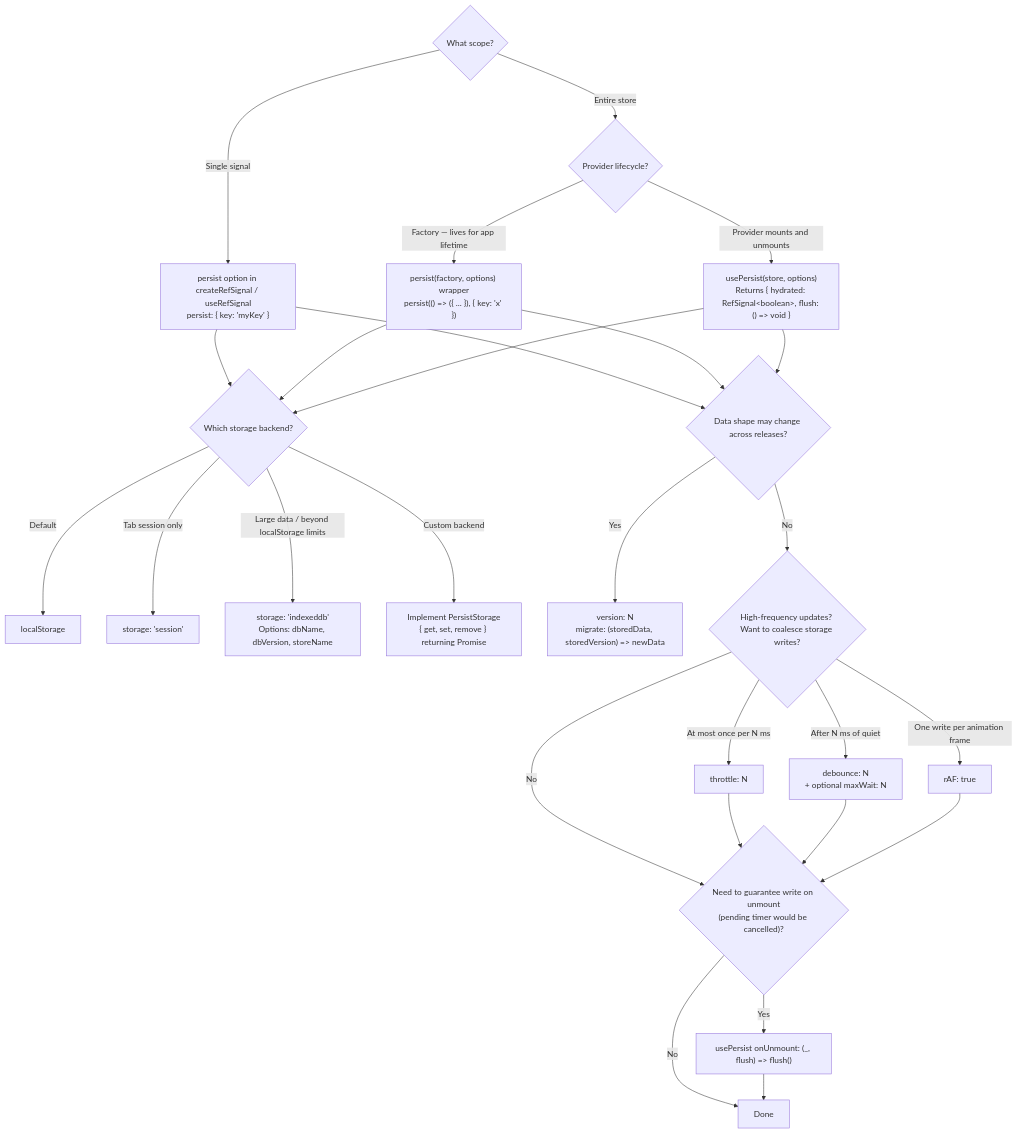
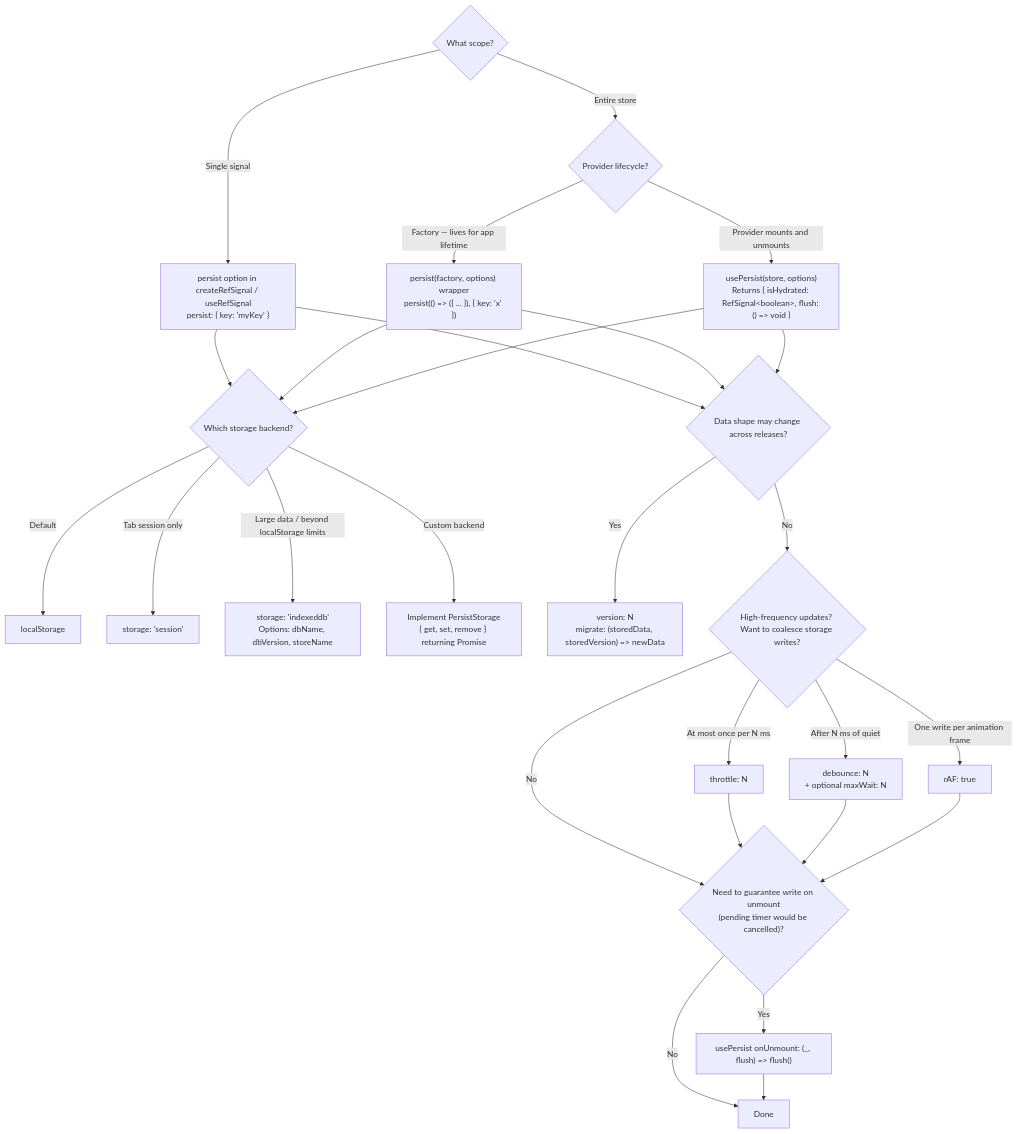
One commit to jav974/react-refsignal changed the eighth of 9 diagrams in docs/decision-tree.md. Above: the diagram before and after it, drawn with Mermaid. The commit also changed 10 other files, not shown here.

Commit message:
refactor: return isHydrated from usePersist and isBroadcaster from useBroadcast

````diff
--- a/docs/decision-tree.md
+++ b/docs/decision-tree.md
@@ -162,31 +162,31 @@
 ```mermaid
 flowchart TD
     Q1{"What scope?"}
 
     Q1 -->|Single signal| A["persist option in createRefSignal / useRefSignal\npersist: { key: 'myKey' }"]
     Q1 -->|Entire store| Q2{"Provider lifecycle?"}
 
     Q2 -->|"Factory — lives for app lifetime"| B["persist(factory, options) wrapper\npersist(() => ({ ... }), { key: 'x' })"]
-    Q2 -->|Provider mounts and unmounts| C["usePersist(store, options)\nReturns { hydrated: RefSignal&lt;boolean&gt;, flush: () =&gt; void }"]
+    Q2 -->|Provider mounts and unmounts| C["usePersist(store, options)\nReturns { isHydrated: RefSignal&lt;boolean&gt;, flush: () =&gt; void }"]
 
     A & B & C --> Q3{"Which storage backend?"}
     Q3 -->|Default| D["localStorage"]
     Q3 -->|Tab session only| E["storage: 'session'"]
     Q3 -->|"Large data / beyond localStorage limits"| F["storage: 'indexeddb'\nOptions: dbName, dbVersion, storeName"]
     Q3 -->|Custom backend| G["Implement PersistStorage\n{ get, set, remove } returning Promise"]
 
     A & B & C --> Q4{"Data shape may change across releases?"}
     Q4 -->|Yes| H["version: N\nmigrate: (storedData, storedVersion) => newData"]
     Q4 -->|No| Q5
 
     Q5{"High-frequency updates? Want to coalesce storage writes?"}
     Q5 -->|No| Q6
     Q5 -->|"At most once per N ms"| J["throttle: N"]
     Q5 -->|"After N ms of quiet"| K["debounce: N\n+ optional maxWait: N"]
     Q5 -->|"One write per animation frame"| L["rAF: true"]
 
     J & K & L --> Q6{"Need to guarantee write on unmount\n(pending timer would be cancelled)?"}
     Q6 -->|No| I[Done]
     Q6 -->|Yes| M["usePersist onUnmount: (_, flush) => flush()"]
     M --> I
 ```
````
